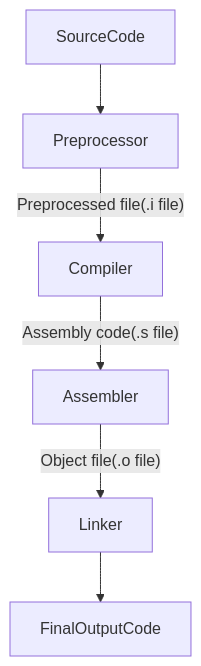
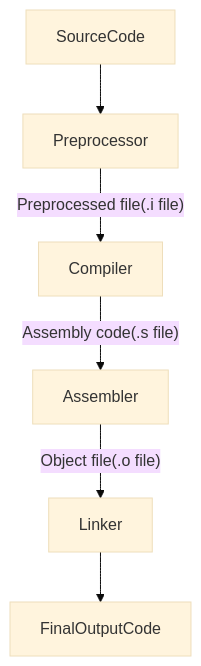
One commit to Unpainted01mind/Programming_with_C changed the diagram in Compilation.md. Above: the diagram before and after it, drawn with Mermaid.

````diff
--- a/Compilation.md
+++ b/Compilation.md
@@ -5,8 +5,9 @@
 ```mermaid
+%%{init: {'theme': 'base'}}%%
 graph TD
     A[SourceCode]-->B[Preprocessor]
     B--Preprocessed file(.i file)-->C[Compiler]
     C--Assembly code(.s file)-->D[Assembler]
     D--Object file(.o file)-->E[Linker]
     E-->F[FinalOutputCode]
 ```
````
